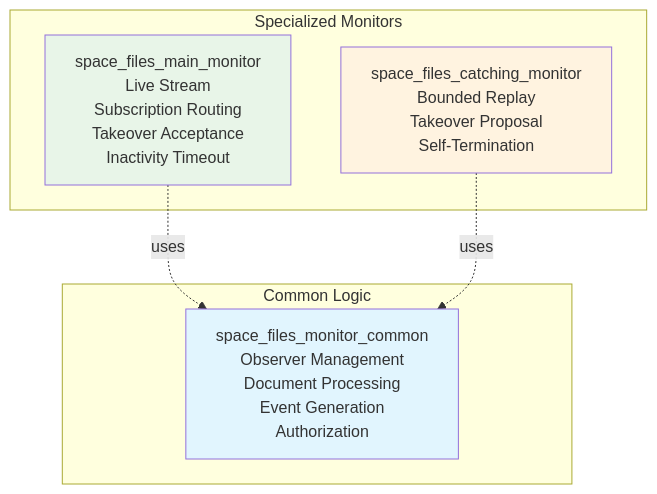
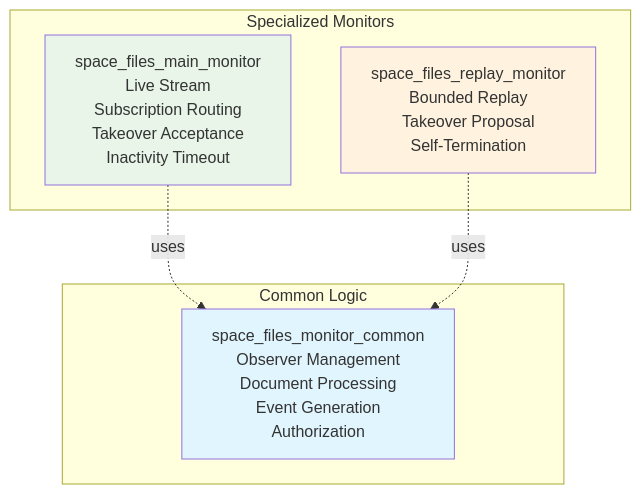
The first of 2 diagrams in doc/design/files_monitoring/monitors.md (onedata/op-worker), drawn with Mermaid before and after one commit. The commit also changed other lines of this file and 12 other files, not shown here.

Commit message:
VFS-12887 Rename catching monitor to replay monitor

````diff
--- a/doc/design/files_monitoring/monitors.md
+++ b/doc/design/files_monitoring/monitors.md
@@ -12,19 +12,19 @@
 ```mermaid
 graph TB
     subgraph "Common Logic"
         Common[space_files_monitor_common<br/>Observer Management<br/>Document Processing<br/>Event Generation<br/>Authorization]
     end
     
     subgraph "Specialized Monitors"
         Main[space_files_main_monitor<br/>Live Stream<br/>Subscription Routing<br/>Takeover Acceptance<br/>Inactivity Timeout]
         
-        Catching[space_files_catching_monitor<br/>Bounded Replay<br/>Takeover Proposal<br/>Self-Termination]
+        Replay[space_files_replay_monitor<br/>Bounded Replay<br/>Takeover Proposal<br/>Self-Termination]
     end
     
     Main -.->|uses| Common
-    Catching -.->|uses| Common
+    Replay -.->|uses| Common
     
     style Common fill:#e1f5fe
     style Main fill:#e8f5e8
-    style Catching fill:#fff3e0
+    style Replay fill:#fff3e0
 ```
````
